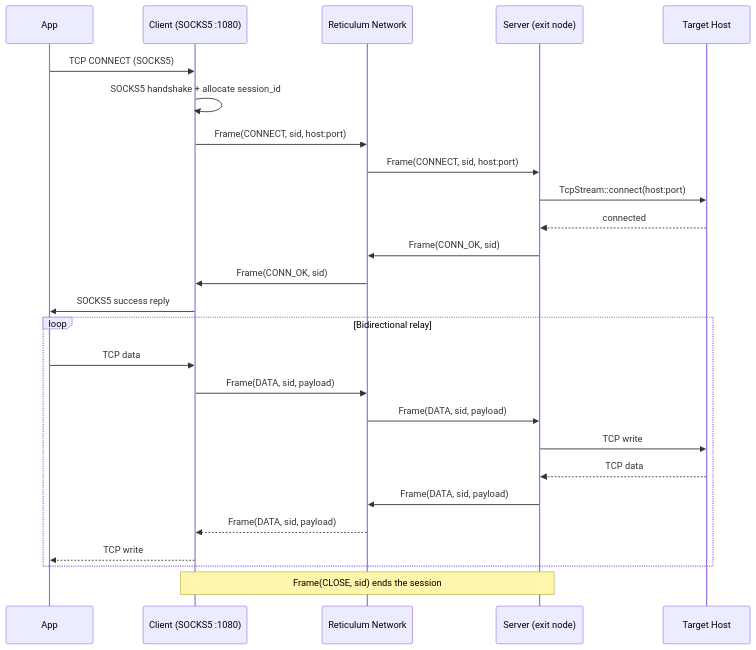
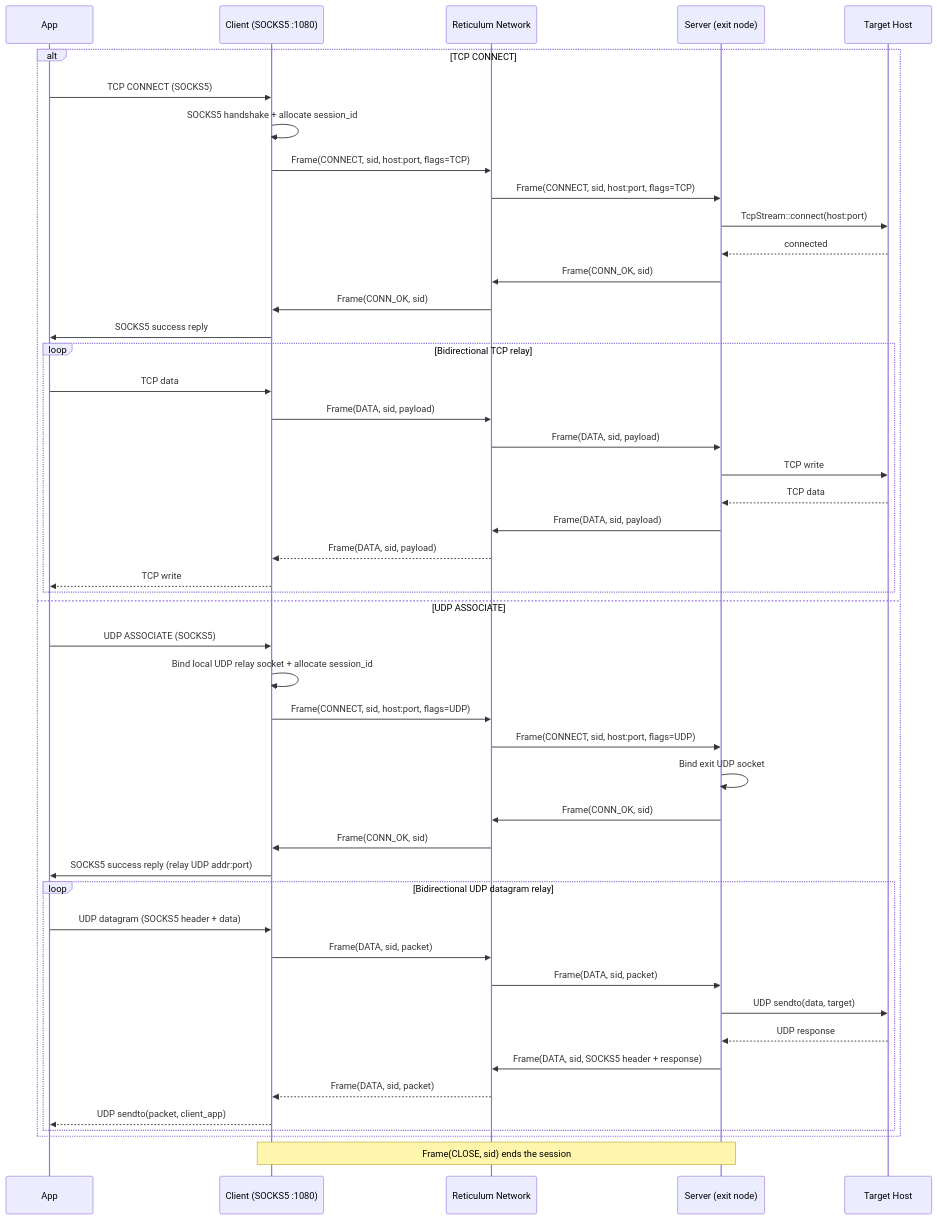
Before and after one commit to mytecor/rns-proxy: the diagram in README.md, drawn with Mermaid. The commit also changed other lines of this file and 9 other files, not shown here.

First line of the commit message:
Add SOCKS5 UDP support over Reticulum

````diff
--- a/README.md
+++ b/README.md
@@ -11,33 +11,55 @@
 ```mermaid
 sequenceDiagram
     participant App
     participant Client as Client (SOCKS5 :1080)
     participant RNS as Reticulum Network
     participant Server as Server (exit node)
     participant Target as Target Host
 
-    App->>Client: TCP CONNECT (SOCKS5)
-    Client->>Client: SOCKS5 handshake + allocate session_id
+    alt TCP CONNECT
+        App->>Client: TCP CONNECT (SOCKS5)
+        Client->>Client: SOCKS5 handshake + allocate session_id
+        Client->>RNS: Frame(CONNECT, sid, host:port, flags=TCP)
+        RNS->>Server: Frame(CONNECT, sid, host:port, flags=TCP)
+        Server->>Target: TcpStream::connect(host:port)
+        Target-->>Server: connected
+        Server->>RNS: Frame(CONN_OK, sid)
+        RNS->>Client: Frame(CONN_OK, sid)
+        Client->>App: SOCKS5 success reply
 
-    Client->>RNS: Frame(CONNECT, sid, host:port)
-    RNS->>Server: Frame(CONNECT, sid, host:port)
-    Server->>Target: TcpStream::connect(host:port)
-    Target-->>Server: connected
-    Server->>RNS: Frame(CONN_OK, sid)
-    RNS->>Client: Frame(CONN_OK, sid)
-    Client->>App: SOCKS5 success reply
+        loop Bidirectional TCP relay
+            App->>Client: TCP data
+            Client->>RNS: Frame(DATA, sid, payload)
+            RNS->>Server: Frame(DATA, sid, payload)
+            Server->>Target: TCP write
 
-    loop Bidirectional relay
-        App->>Client: TCP data
-        Client->>RNS: Frame(DATA, sid, payload)
-        RNS->>Server: Frame(DATA, sid, payload)
-        Server->>Target: TCP write
+            Target-->>Server: TCP data
+            Server->>RNS: Frame(DATA, sid, payload)
+            RNS-->>Client: Frame(DATA, sid, payload)
+            Client-->>App: TCP write
+        end
+    else UDP ASSOCIATE
+        App->>Client: UDP ASSOCIATE (SOCKS5)
+        Client->>Client: Bind local UDP relay socket + allocate session_id
+        Client->>RNS: Frame(CONNECT, sid, host:port, flags=UDP)
+        RNS->>Server: Frame(CONNECT, sid, host:port, flags=UDP)
+        Server->>Server: Bind exit UDP socket
+        Server->>RNS: Frame(CONN_OK, sid)
+        RNS->>Client: Frame(CONN_OK, sid)
+        Client->>App: SOCKS5 success reply (relay UDP addr:port)
 
-        Target-->>Server: TCP data
-        Server->>RNS: Frame(DATA, sid, payload)
-        RNS-->>Client: Frame(DATA, sid, payload)
-        Client-->>App: TCP write
+        loop Bidirectional UDP datagram relay
+            App->>Client: UDP datagram (SOCKS5 header + data)
+            Client->>RNS: Frame(DATA, sid, packet)
+            RNS->>Server: Frame(DATA, sid, packet)
+            Server->>Target: UDP sendto(data, target)
+
+            Target-->>Server: UDP response
+            Server->>RNS: Frame(DATA, sid, SOCKS5 header + response)
+            RNS-->>Client: Frame(DATA, sid, packet)
+            Client-->>App: UDP sendto(packet, client_app)
+        end
     end
 
     Note over Client,Server: Frame(CLOSE, sid) ends the session
 ```
````
